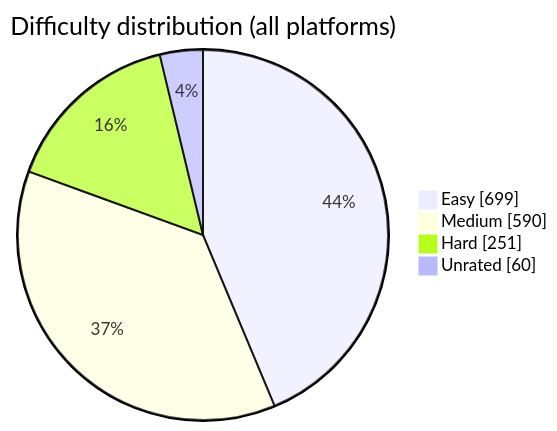
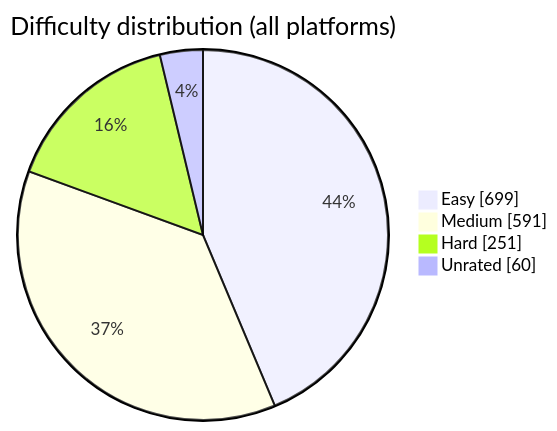
One commit to BuildbyArindam/Daily-Coding-Log changed the diagram in README.md. Above: the diagram before and after it, drawn with Mermaid. The commit also changed other lines of this file, not shown here.

````diff
--- a/README.md
+++ b/README.md
@@ -93,7 +93,7 @@
 ```mermaid
 pie showData title Difficulty distribution (all platforms)
     "Easy" : 699
-    "Medium" : 590
+    "Medium" : 591
     "Hard" : 251
     "Unrated" : 60
 ```
````
